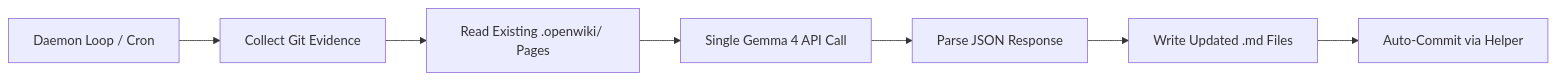
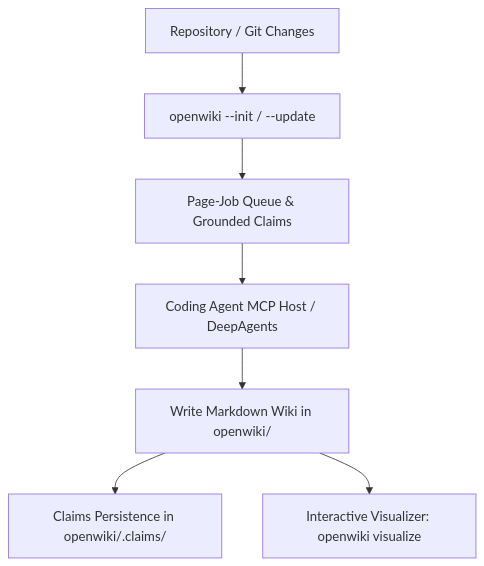
Before and after one commit to hybridlabor-api/bdb-dev-tool-installer: the diagram in tools/openwiki/SKILL.md, drawn with Mermaid. The commit also changed other lines of this file and 5 other files, not shown here.

````diff
--- a/tools/openwiki/SKILL.md
+++ b/tools/openwiki/SKILL.md
@@ -20,9 +45,9 @@
 ```mermaid
-flowchart LR
-    A[Daemon Loop / Cron] --> B[Collect Git Evidence]
-    B --> C[Read Existing .openwiki/ Pages]
-    C --> D[Single Gemma 4 API Call]
-    D --> E[Parse JSON Response]
-    E --> F[Write Updated .md Files]
-    F --> G[Auto-Commit via Helper]
+flowchart TD
+    A[Repository / Git Changes] --> B[openwiki --init / --update]
+    B --> C[Page-Job Queue & Grounded Claims]
+    C --> D[Coding Agent MCP Host / DeepAgents]
+    D --> E[Write Markdown Wiki in openwiki/]
+    E --> F[Claims Persistence in openwiki/.claims/]
+    E --> G[Interactive Visualizer: openwiki visualize]
 ```
````
